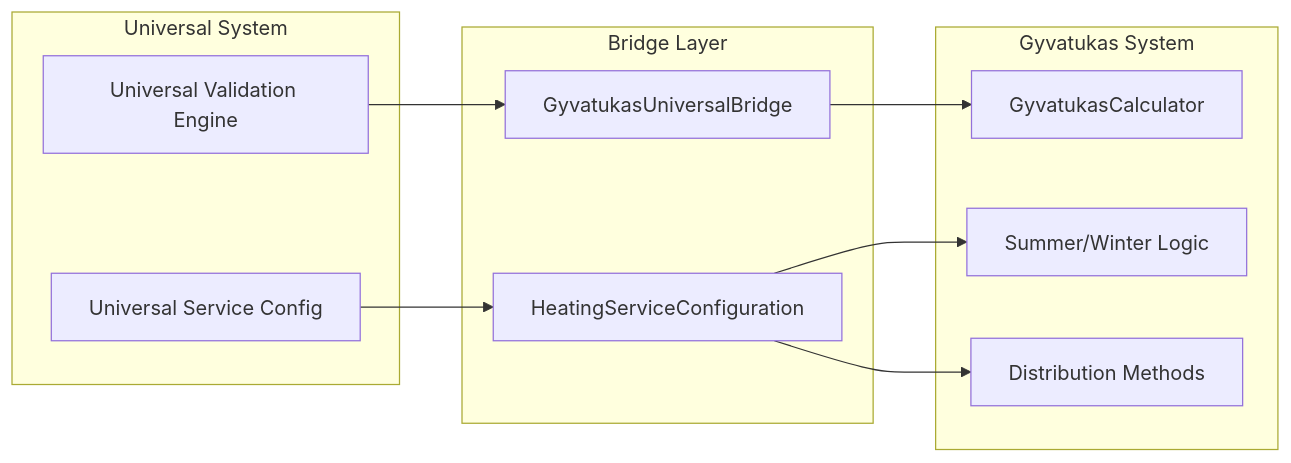
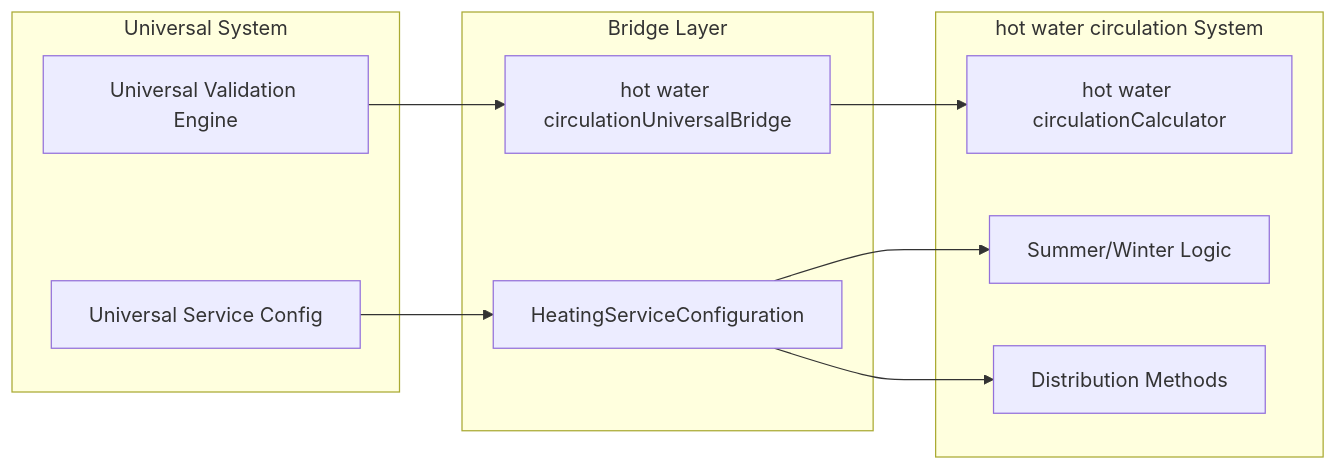
One commit to ArturasMisevicius/vue_rent_counter changed the sixth of 6 diagrams in docs/architecture/VALIDATION_ARCHITECTURE.md. Above: the diagram before and after it, drawn with Mermaid. The commit also changed other lines of this file and 469 other files, not shown here.

````diff
--- a/docs/architecture/VALIDATION_ARCHITECTURE.md
+++ b/docs/architecture/VALIDATION_ARCHITECTURE.md
@@ -413,24 +413,24 @@
 ```mermaid
 graph LR
     subgraph "Universal System"
         UVE[Universal Validation Engine]
         USC[Universal Service Config]
     end
     
-    subgraph "Gyvatukas System"
-        GC[GyvatukasCalculator]
+    subgraph "hot water circulation System"
+        GC[hot water circulationCalculator]
         GSL[Summer/Winter Logic]
         GDM[Distribution Methods]
     end
     
     subgraph "Bridge Layer"
-        GB[GyvatukasUniversalBridge]
+        GB[hot water circulationUniversalBridge]
         HSC[HeatingServiceConfiguration]
     end
     
     UVE --> GB
     GB --> GC
     USC --> HSC
     HSC --> GSL
     HSC --> GDM
 ```
````
